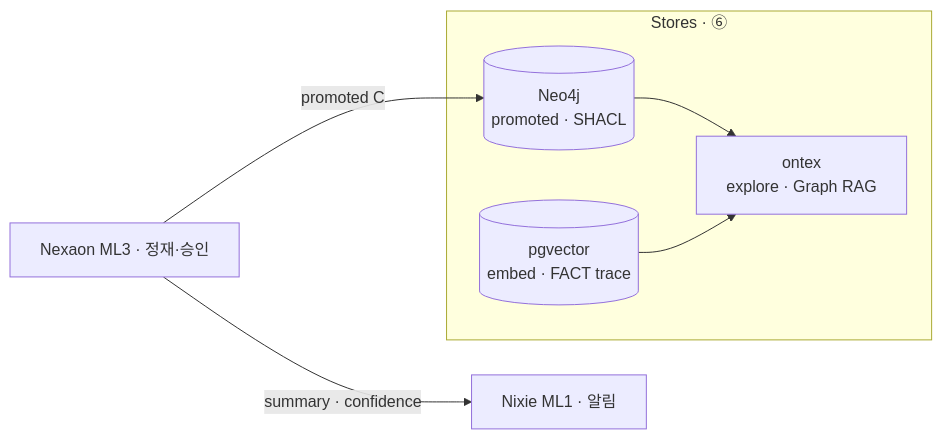
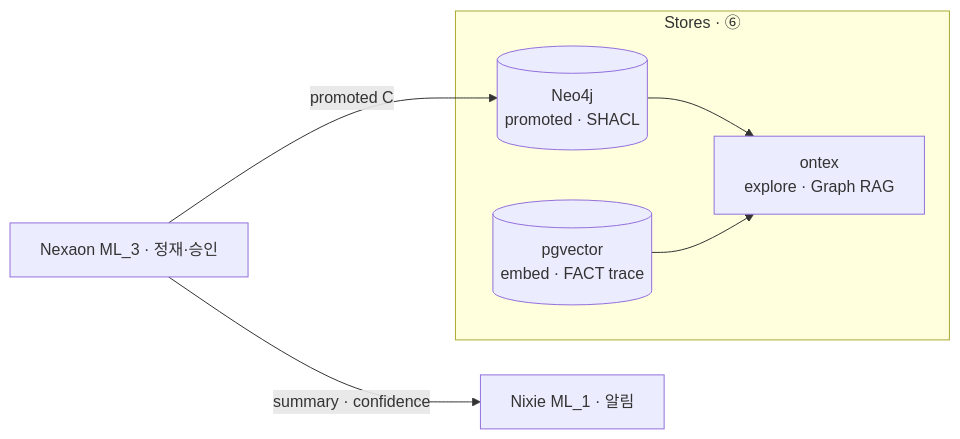
The eighth of 8 diagrams in NEXA V2.0/APP_V2.0/08_TDD/NEXIA/08_TDD_NEXIA_IoT엣지데이터파이프라인_HEXAGON_Nexaon연계_v1.0.md (U2SOUTION/NEXA), drawn with Mermaid before and after one commit. The commit also changed other lines of this file and 37 other files, not shown here.

````diff
--- a/NEXA V2.0/APP_V2.0/08_TDD/NEXIA/08_TDD_NEXIA_IoT엣지데이터파이프라인_HEXAGON_Nexaon연계_v1.0.md
+++ b/NEXA V2.0/APP_V2.0/08_TDD/NEXIA/08_TDD_NEXIA_IoT엣지데이터파이프라인_HEXAGON_Nexaon연계_v1.0.md
@@ -806,14 +806,14 @@
 ```mermaid
 flowchart LR
-  NX[Nexaon ML3 · 정재·승인]
-  NI[Nixie ML1 · 알림]
+  NX[Nexaon ML_3 · 정재·승인]
+  NI[Nixie ML_1 · 알림]
   subgraph stores [Stores · ⑥]
     PG[(pgvector<br/>embed · FACT trace)]
     N4[(Neo4j<br/>promoted · SHACL)]
     OT["ontex<br/>explore · Graph RAG"]
   end
   NX -->|promoted C| N4
   N4 --> OT
   PG --> OT
   NX -->|summary · confidence| NI
 ```
````
